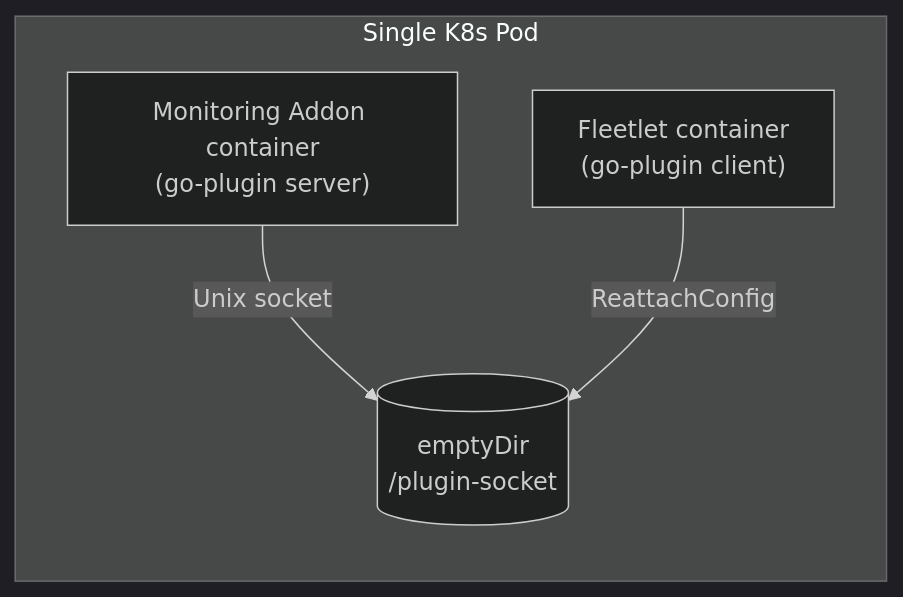
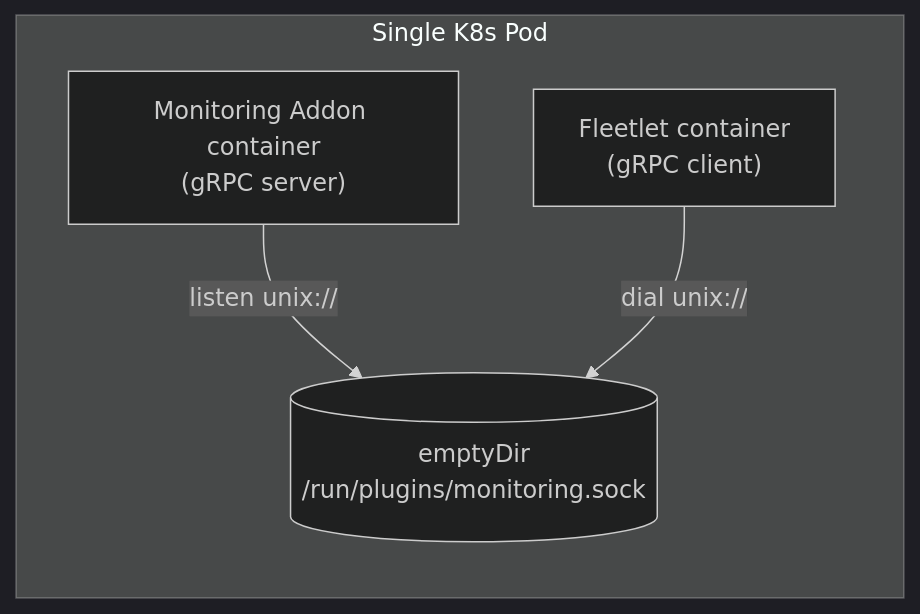
Before and after one commit to fleetshift/fleetshift-poc: the first of 5 diagrams in addons/README.md, drawn with Mermaid (dark theme). The commit also changed other lines of this file and 5 other files, not shown here.

````diff
--- a/addons/README.md
+++ b/addons/README.md
@@ -53,11 +55,11 @@
 ```mermaid
 graph LR
     subgraph pod["Single K8s Pod"]
-        fleetlet["Fleetlet container<br/>(go-plugin client)"]
-        addon["Monitoring Addon container<br/>(go-plugin server)"]
-        vol[("emptyDir<br/>/plugin-socket")]
+        fleetlet["Fleetlet container<br/>(gRPC client)"]
+        addon["Monitoring Addon container<br/>(gRPC server)"]
+        vol[("emptyDir<br/>/run/plugins/monitoring.sock")]
 
-        addon -->|"Unix socket"| vol
-        fleetlet -->|"ReattachConfig"| vol
+        addon -->|"listen unix://"| vol
+        fleetlet -->|"dial unix://"| vol
     end
 ```
````
